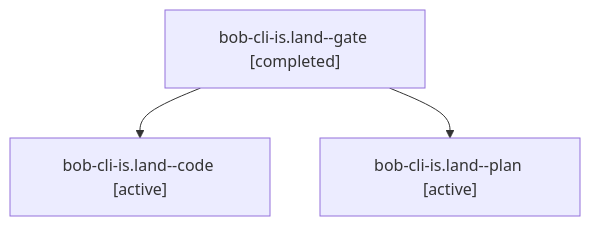
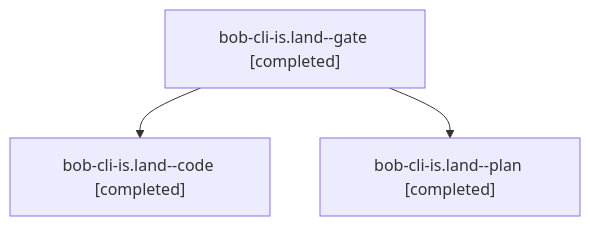
Before and after one commit to bobs-org/bob-cli--agents: the diagram in sessions/bbugyi200.apollo.bob-cli-is.land.md, drawn with Mermaid. The commit also changed other lines of this file and 40 other files, not shown here.

````diff
--- a/sessions/bbugyi200.apollo.bob-cli-is.land.md
+++ b/sessions/bbugyi200.apollo.bob-cli-is.land.md
@@ -9,8 +9,8 @@
 ```mermaid
 flowchart TD
   n0["bob-cli-is.land--gate [completed]"]
-  n1["bob-cli-is.land--code [active]"]
+  n1["bob-cli-is.land--code [completed]"]
   n0 --> n1
-  n2["bob-cli-is.land--plan [active]"]
+  n2["bob-cli-is.land--plan [completed]"]
   n0 --> n2
 ```
````
